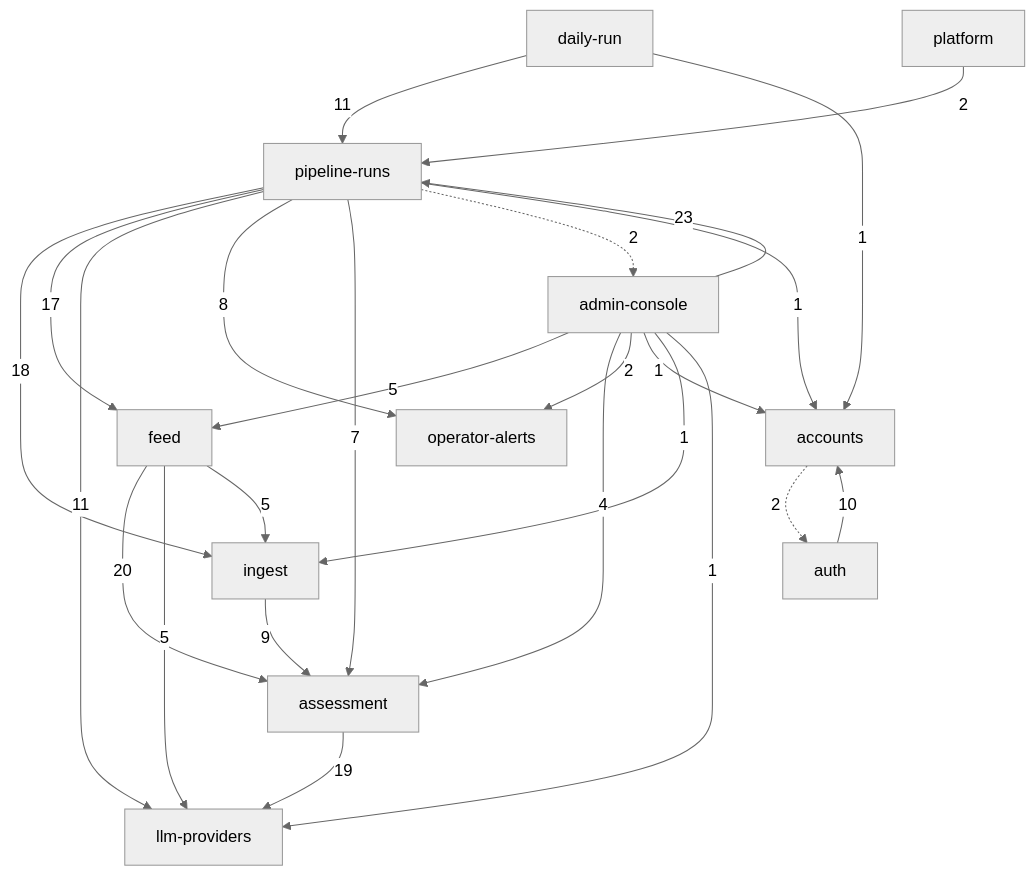
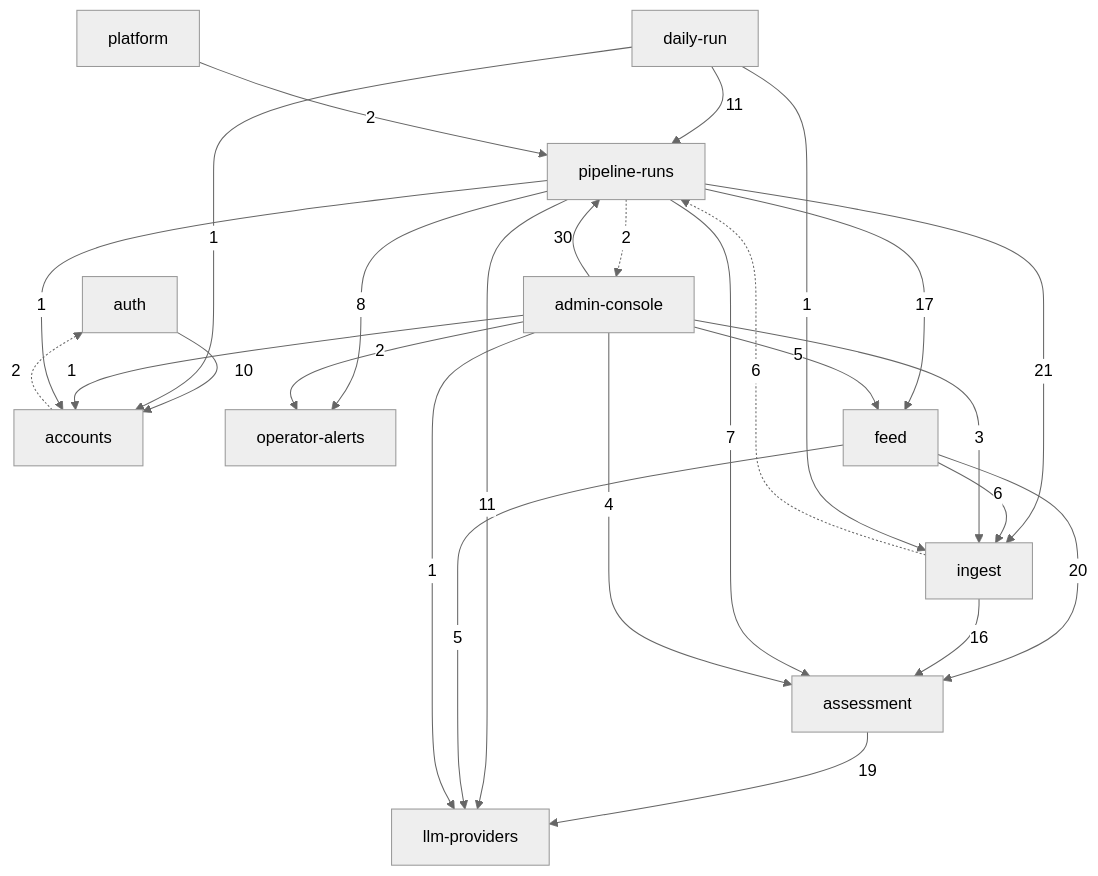
One commit to kwmacioszek/szczur-radar changed the diagram in context/map/repo-map.md. Above: the diagram before and after it, drawn with Mermaid (neutral theme). The commit also changed other lines of this file and 23 other files, not shown here.

````diff
--- a/context/map/repo-map.md
+++ b/context/map/repo-map.md
@@ -21,38 +23,40 @@
 ```mermaid
 graph TB
-  daily_run["daily-run"]
-  platform["platform"]
-  admin_console["admin-console"]
-  pipeline_runs["pipeline-runs"]
-  operator_alerts["operator-alerts"]
-  feed["feed"]
-  ingest["ingest"]
   assessment["assessment"]
   llm_providers["llm-providers"]
   auth["auth"]
   accounts["accounts"]
-  admin_console -->|23| pipeline_runs
+  daily_run["daily-run"]
+  admin_console["admin-console"]
+  operator_alerts["operator-alerts"]
+  pipeline_runs["pipeline-runs"]
+  ingest["ingest"]
+  feed["feed"]
+  platform["platform"]
+  admin_console -->|30| pipeline_runs
+  pipeline_runs -->|21| ingest
+  feed -->|20| assessment
+  assessment -->|19| llm_providers
+  pipeline_runs -->|17| feed
+  ingest -->|16| assessment
+  pipeline_runs -->|11| llm_providers
   daily_run -->|11| pipeline_runs
-  platform -->|2| pipeline_runs
-  pipeline_runs -->|18| ingest
-  pipeline_runs -->|17| feed
-  pipeline_runs -->|11| llm_providers
+  auth -->|10| accounts
   pipeline_runs -->|8| operator_alerts
   pipeline_runs -->|7| assessment
-  pipeline_runs -.->|2| admin_console
-  pipeline_runs -->|1| accounts
-  feed -->|20| assessment
+  ingest -.->|6| pipeline_runs
+  feed -->|6| ingest
   feed -->|5| llm_providers
-  feed -->|5| ingest
   admin_console -->|5| feed
   admin_console -->|4| assessment
+  admin_console -->|3| ingest
+  accounts -.->|2| auth
   admin_console -->|2| operator_alerts
+  pipeline_runs -.->|2| admin_console
+  platform -->|2| pipeline_runs
+  daily_run -->|1| accounts
   admin_console -->|1| accounts
-  admin_console -->|1| ingest
+  daily_run -->|1| ingest
+  pipeline_runs -->|1| accounts
   admin_console -->|1| llm_providers
-  assessment -->|19| llm_providers
-  ingest -->|9| assessment
-  auth -->|10| accounts
-  accounts -.->|2| auth
-  daily_run -->|1| accounts
 ```
````
